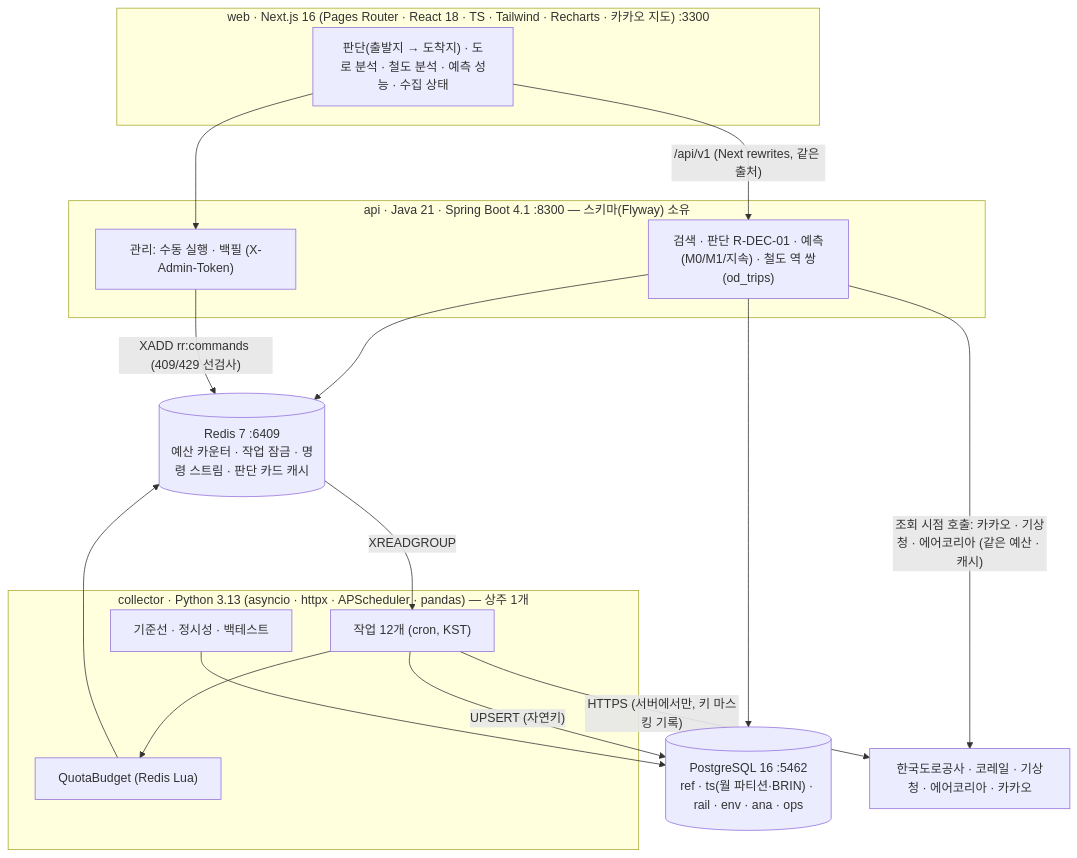
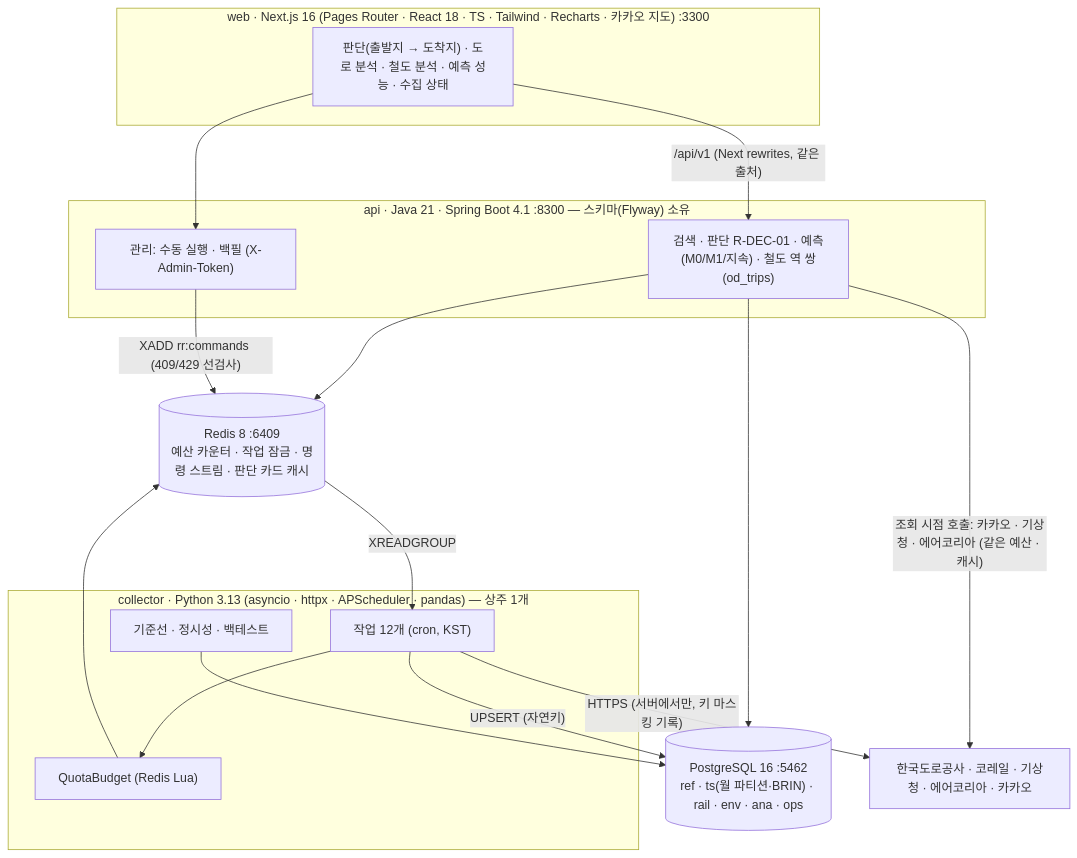
Before and after one commit to Jinyoung-Kang/roadrail: the first of 2 diagrams in README.md, drawn with Mermaid. The commit also changed other lines of this file and 4 other files, not shown here.

````diff
--- a/README.md
+++ b/README.md
@@ -108,30 +110,30 @@
 ```mermaid
 flowchart TB
   subgraph web["web · Next.js 16 (Pages Router · React 18 · TS · Tailwind · Recharts · 카카오 지도) :3300"]
     pages["판단(출발지 → 도착지) · 도로 분석 · 철도 분석 · 예측 성능 · 수집 상태"]
   end
   subgraph api["api · Java 21 · Spring Boot 4.1 :8300 — 스키마(Flyway) 소유"]
     q["검색 · 판단 R-DEC-01 · 예측(M0/M1/지속) · 철도 역 쌍(od_trips)"]
     adm["관리: 수동 실행 · 백필 (X-Admin-Token)"]
   end
   subgraph col["collector · Python 3.13 (asyncio · httpx · APScheduler · pandas) — 상주 1개"]
     jobs["작업 12개 (cron, KST)"]
     quota["QuotaBudget (Redis Lua)"]
     ana["기준선 · 정시성 · 백테스트"]
   end
   pg[("PostgreSQL 16 :5462<br/>ref · ts(월 파티션·BRIN) · rail · env · ana · ops")]
-  rd[("Redis 7 :6409<br/>예산 카운터 · 작업 잠금 · 명령 스트림 · 판단 카드 캐시")]
+  rd[("Redis 8 :6409<br/>예산 카운터 · 작업 잠금 · 명령 스트림 · 판단 카드 캐시")]
   ext["한국도로공사 · 코레일 · 기상청 · 에어코리아 · 카카오"]
 
   pages -- "/api/v1 (Next rewrites, 같은 출처)" --> q
   pages --> adm
   q --> pg
   q --> rd
   adm -- "XADD rr:commands (409/429 선검사)" --> rd
   rd -- "XREADGROUP" --> jobs
   jobs --> quota --> rd
   jobs -- "HTTPS (서버에서만, 키 마스킹 기록)" --> ext
   q -- "조회 시점 호출: 카카오 · 기상청 · 에어코리아 (같은 예산 · 캐시)" --> ext
   jobs -- "UPSERT (자연키)" --> pg
   ana --> pg
 ```
````
